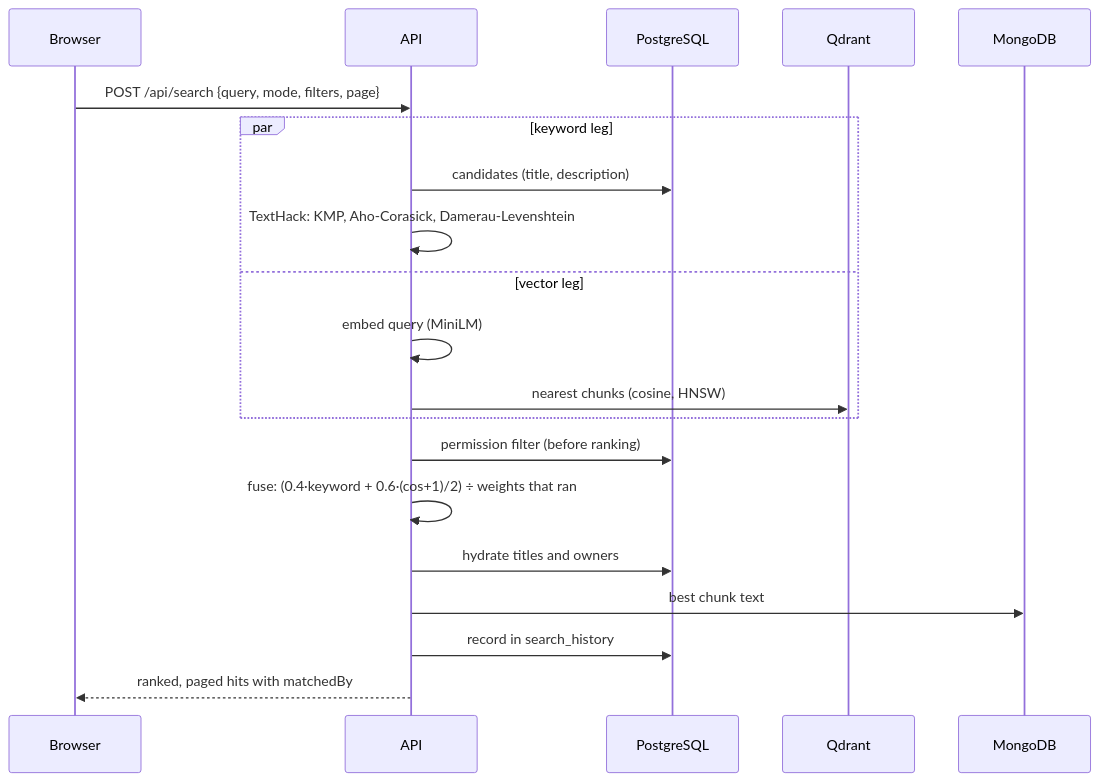
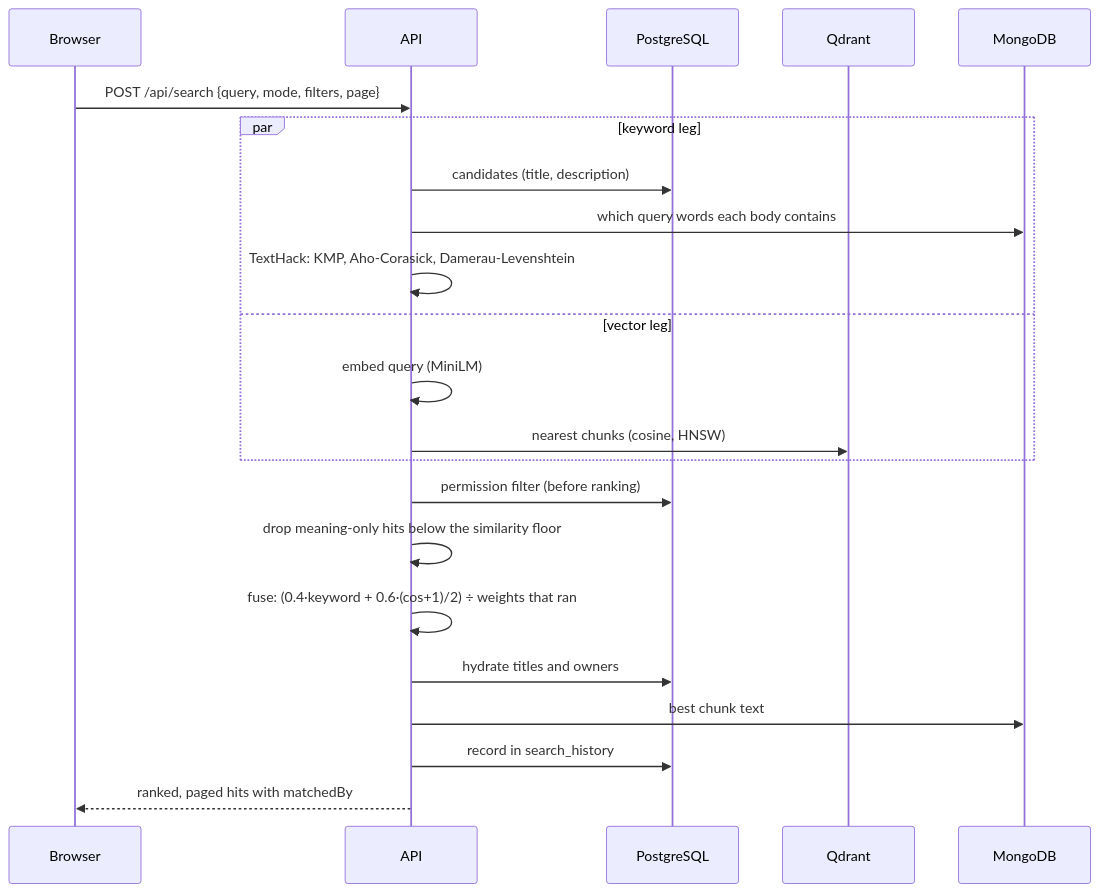
Before and after one commit to SathyaMaragani/Enterprise-Knowledge-Intelligence-Platform: the sixth of 7 diagrams in docs/PROJECT_OVERVIEW.md, drawn with Mermaid. The commit also changed other lines of this file and 11 other files, not shown here.

First line of the commit message:
fix(search): match words in the document body; drop unrelated meaning-only hits

````diff
--- a/docs/PROJECT_OVERVIEW.md
+++ b/docs/PROJECT_OVERVIEW.md
@@ -219,22 +219,24 @@
 ```mermaid
 sequenceDiagram
     participant U as Browser
     participant A as API
     participant P as PostgreSQL
     participant Q as Qdrant
     participant M as MongoDB
     U->>A: POST /api/search {query, mode, filters, page}
     par keyword leg
         A->>P: candidates (title, description)
+        A->>M: which query words each body contains
         A->>A: TextHack: KMP, Aho-Corasick, Damerau-Levenshtein
     and vector leg
         A->>A: embed query (MiniLM)
         A->>Q: nearest chunks (cosine, HNSW)
     end
     A->>P: permission filter (before ranking)
+    A->>A: drop meaning-only hits below the similarity floor
     A->>A: fuse: (0.4·keyword + 0.6·(cos+1)/2) ÷ weights that ran
     A->>P: hydrate titles and owners
     A->>M: best chunk text
     A->>P: record in search_history
     A-->>U: ranked, paged hits with matchedBy
 ```
````
